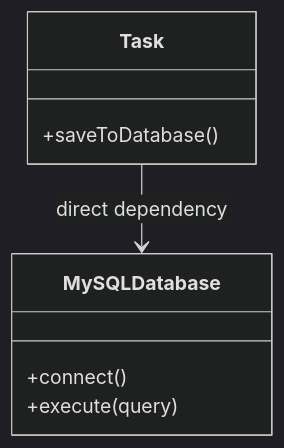
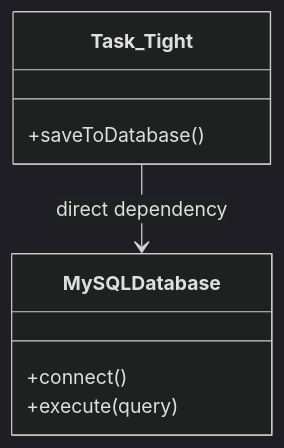
Before and after one commit to suli-g/stratum: the third of 10 diagrams in docs/level-1/L02.md, drawn with Mermaid (dark theme). The commit also changed other lines of this file, not shown here.

````diff
--- a/docs/level-1/L02.md
+++ b/docs/level-1/L02.md
@@ -114,11 +115,11 @@
 ```{mermaid}
 classDiagram
-    class Task {
+    class Task_Tight {
         +saveToDatabase()
     }
     class MySQLDatabase {
         +connect()
         +execute(query)
     }
-    Task --> MySQLDatabase : direct dependency
+    Task_Tight --> MySQLDatabase : direct dependency
 ```
````
